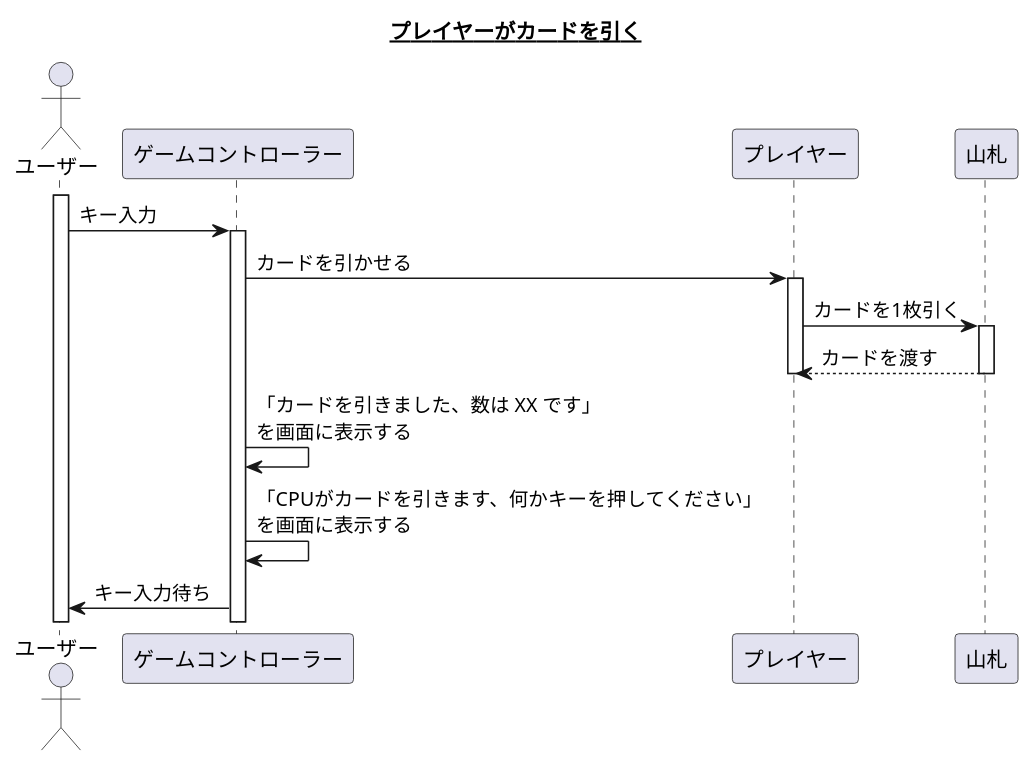
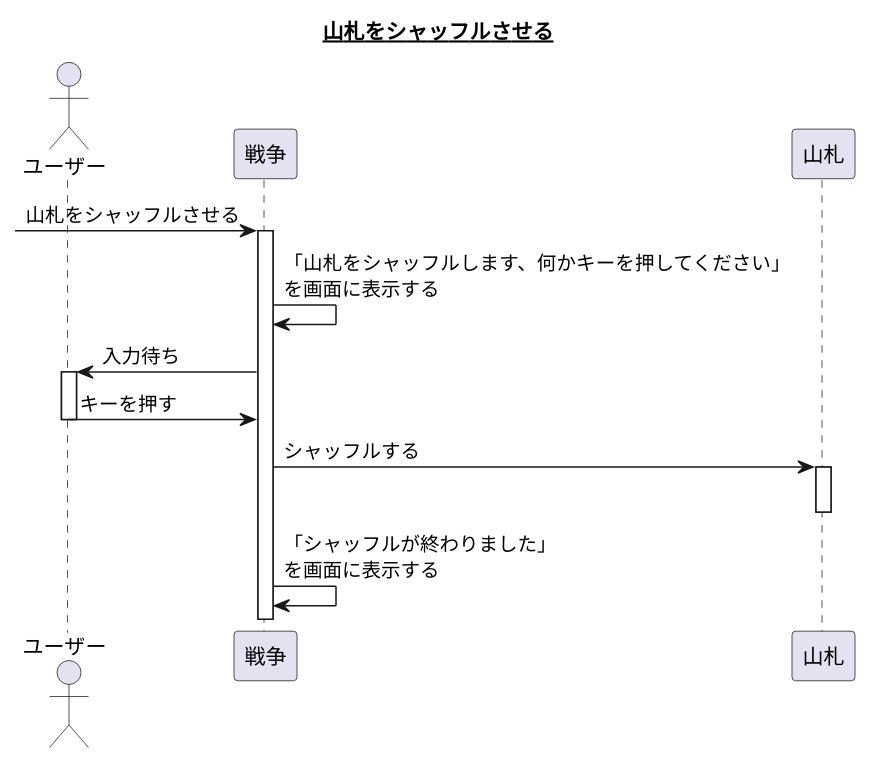
One commit to hachimitu22/study changed the sixth of 10 diagrams in uml/CardGame/doc/design.md. Above: the diagram before and after it, drawn with PlantUML. The commit also changed other lines of this file, not shown here.

Commit message:
シーケンス図を複数人で遊べるように修正

````diff
--- a/uml/CardGame/doc/design.md
+++ b/uml/CardGame/doc/design.md
@@ -179,25 +265,24 @@
 ```plantuml
 @startuml
 
-title __プレイヤーがカードを引く__
+title __山札をシャッフルさせる__
 
 actor ユーザー
+
+[-> 戦争 : 山札をシャッフルさせる
+activate 戦争
+
+戦争 -> 戦争 : 「山札をシャッフルします、何かキーを押してください」\nを画面に表示する
+ユーザー <- 戦争 : 入力待ち
 activate ユーザー
+ユーザー -> 戦争 : キーを押す
+deactivate ユーザー
 
-ユーザー -> ゲームコントローラー : キー入力
-activate ゲームコントローラー
+戦争 -> 山札 : シャッフルする
+activate 山札
+deactivate 山札
 
-ゲームコントローラー -> プレイヤー : カードを引かせる
-activate プレイヤー
-プレイヤー -> 山札 : カードを1枚引く
-activate 山札
-プレイヤー <-- 山札 : カードを渡す
-deactivate 山札
-deactivate プレイヤー
-
-ゲームコントローラー -> ゲームコントローラー : 「カードを引きました、数は XX です」\nを画面に表示する
-ゲームコントローラー -> ゲームコントローラー : 「CPUがカードを引きます、何かキーを押してください」\nを画面に表示する
-ユーザー <- ゲームコントローラー : キー入力待ち
+戦争 -> 戦争 : 「シャッフルが終わりました」\nを画面に表示する
 
 @enduml
 ```
````
